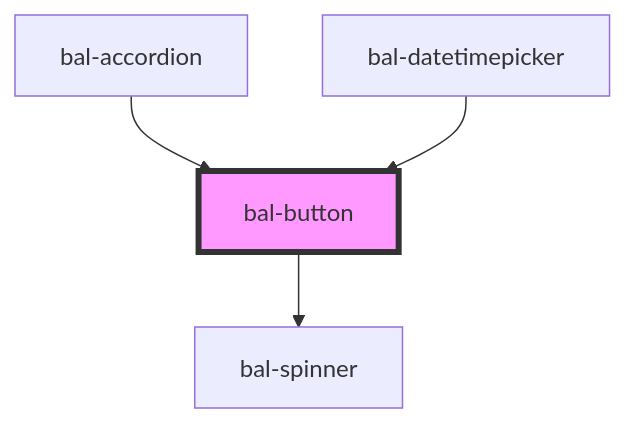
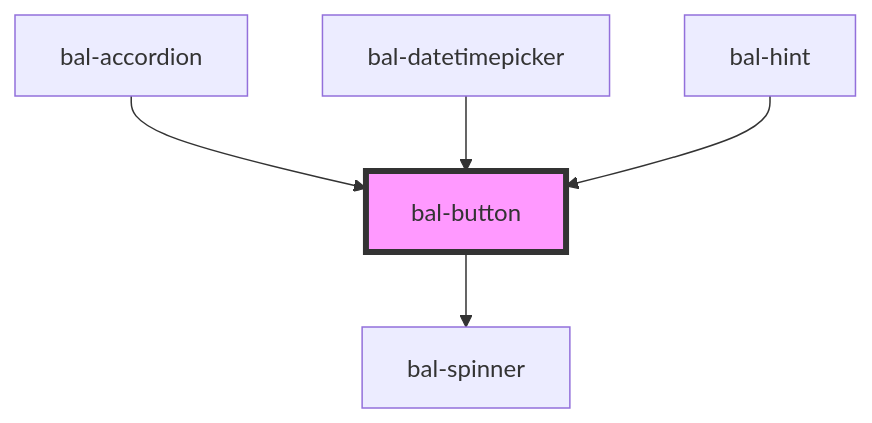
Before and after one commit to baloise/design-system: the diagram in src/components/button/readme.md, drawn with Mermaid. The commit also changed other lines of this file and 17 other files, not shown here.

````diff
--- a/src/components/button/readme.md
+++ b/src/components/button/readme.md
@@ -102,7 +103,8 @@
 ```mermaid
 graph TD;
   bal-button --> bal-spinner
   bal-accordion --> bal-button
   bal-datetimepicker --> bal-button
+  bal-hint --> bal-button
   style bal-button fill:#f9f,stroke:#333,stroke-width:4px
 ```
````
